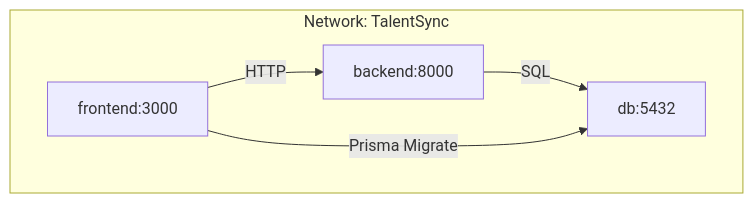
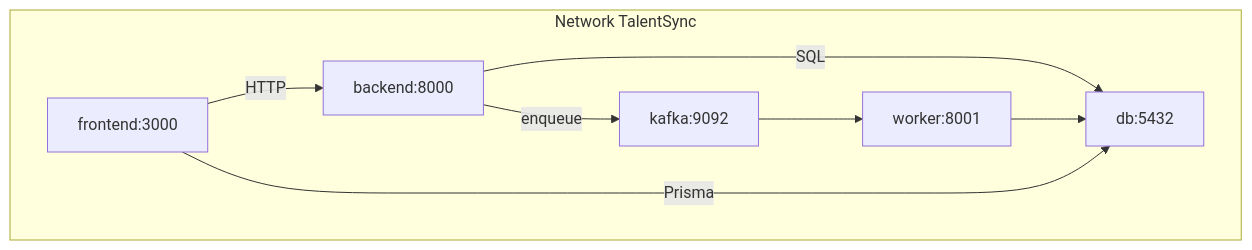
One commit to tashifkhan/tashif.codes changed the second of 7 diagrams in src/data/docs/talentsync/Deployment & DevOps.md. Above: the diagram before and after it, drawn with Mermaid. The commit also changed other lines of this file and 2128 other files, not shown here.

First line of the commit message:
docs: replace raster diagram images with native Mermaid across project guides

````diff
--- a/src/data/docs/talentsync/Deployment & DevOps.md
+++ b/src/data/docs/talentsync/Deployment & DevOps.md
@@ -57,11 +66,16 @@
 ```mermaid
 graph TB
-subgraph "Network: TalentSync"
+subgraph "Network TalentSync"
 FE["frontend:3000"]
 BE["backend:8000"]
+W["worker:8001"]
+K["kafka:9092"]
 DB["db:5432"]
 end
 FE --> |"HTTP"| BE
+BE --> |"enqueue"| K
+K --> W
 BE --> |"SQL"| DB
-FE --> |"Prisma Migrate"| DB
+W --> DB
+FE --> |"Prisma"| DB
 ```
````
